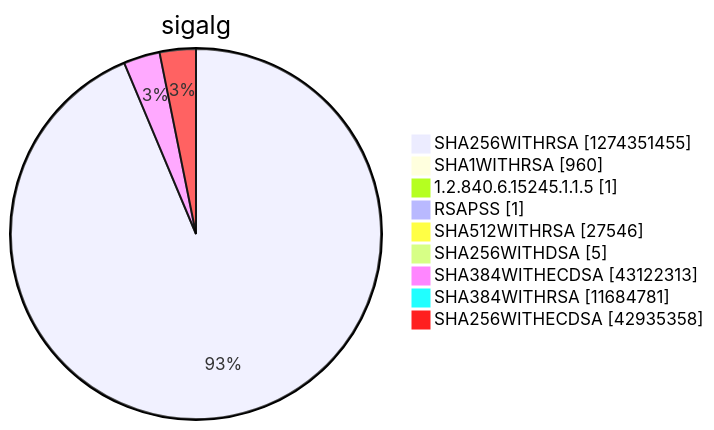
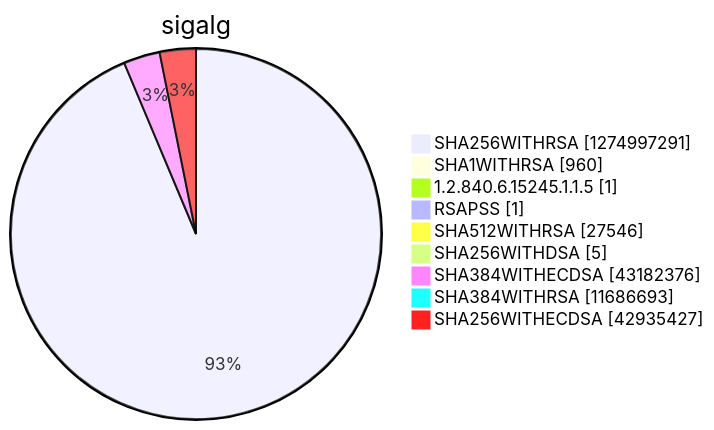
Diagram 15 of 15 in argon2022/README.md (christiankrug/ctmonitor_visualization), drawn with Mermaid before and after one commit. The commit also changed other lines of this file, not shown here.

````diff
--- a/argon2022/README.md
+++ b/argon2022/README.md
@@ -5522,13 +5522,13 @@
 ```mermaid
 pie showData
 title sigalg
-"SHA256WITHRSA" :1274351455
+"SHA256WITHRSA" :1274997291
 "SHA1WITHRSA" :960
 "1.2.840.6.15245.1.1.5" :1
 "RSAPSS" :1
 "SHA512WITHRSA" :27546
 "SHA256WITHDSA" :5
-"SHA384WITHECDSA" :43122313
-"SHA384WITHRSA" :11684781
-"SHA256WITHECDSA" :42935358
+"SHA384WITHECDSA" :43182376
+"SHA384WITHRSA" :11686693
+"SHA256WITHECDSA" :42935427
 ```
````
